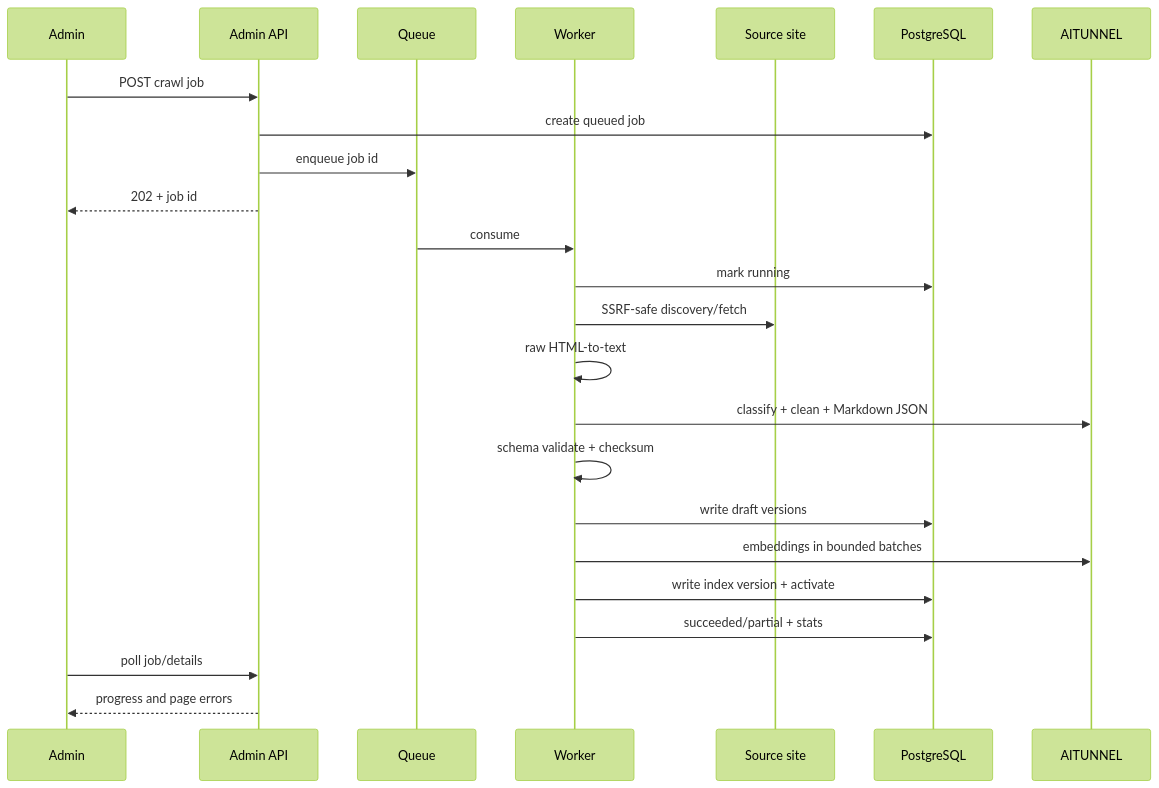
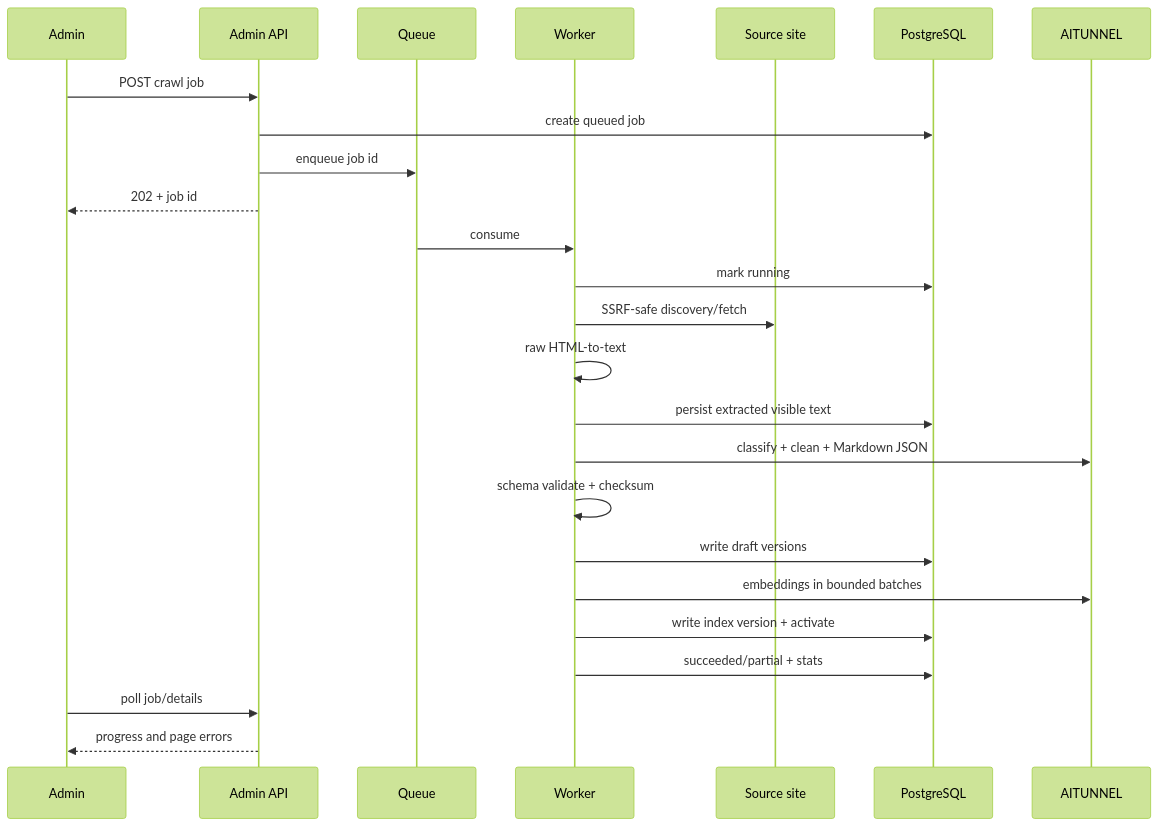
The third of 4 diagrams in ai-assist/architecture.md (YuriyBevov/AI-design-systems), drawn with Mermaid (forest theme) before and after one commit. The commit also changed other lines of this file and 26 other files, not shown here.

````diff
--- a/ai-assist/architecture.md
+++ b/ai-assist/architecture.md
@@ -141,27 +141,28 @@
 ```mermaid
 sequenceDiagram
     participant A as Admin
     participant API as Admin API
     participant Q as Queue
     participant W as Worker
     participant S as Source site
     participant P as PostgreSQL
     participant AI as AITUNNEL
 
     A->>API: POST crawl job
     API->>P: create queued job
     API->>Q: enqueue job id
     API-->>A: 202 + job id
     Q->>W: consume
     W->>P: mark running
     W->>S: SSRF-safe discovery/fetch
     W->>W: raw HTML-to-text
+    W->>P: persist extracted visible text
     W->>AI: classify + clean + Markdown JSON
     W->>W: schema validate + checksum
     W->>P: write draft versions
     W->>AI: embeddings in bounded batches
     W->>P: write index version + activate
     W->>P: succeeded/partial + stats
     A->>API: poll job/details
     API-->>A: progress and page errors
 ```
````
